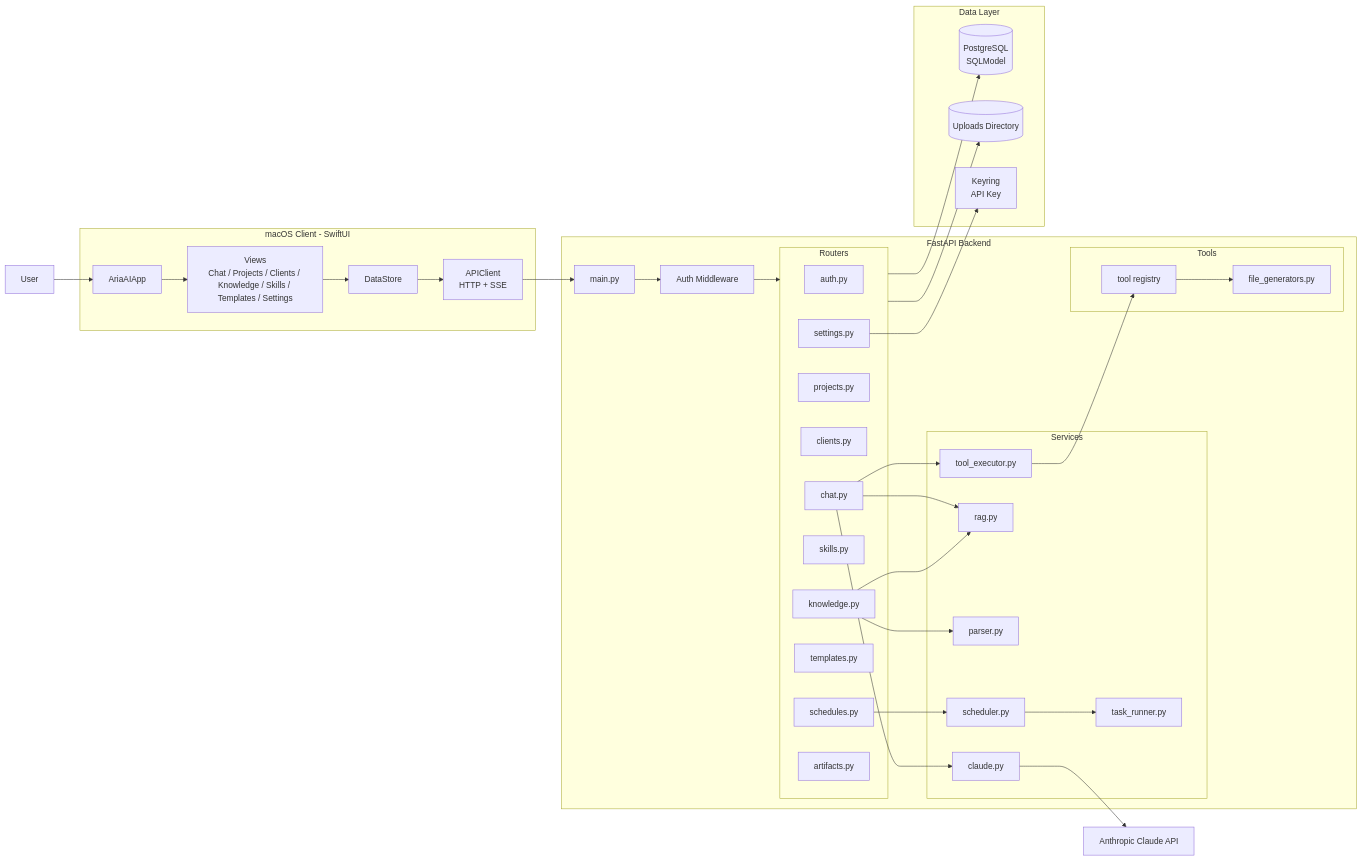
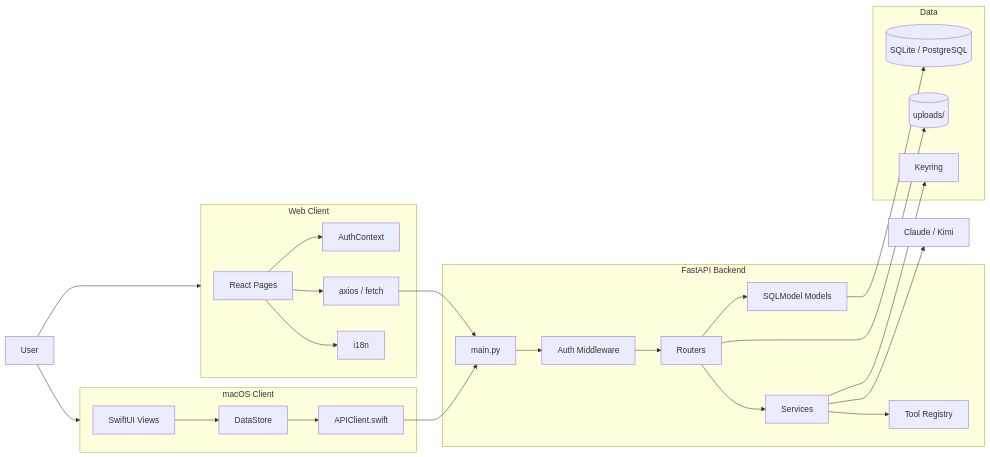
The first of 5 diagrams in docs/06-当前架构图.md (guoliang1114-boop/AriaAI), drawn with Mermaid before and after one commit. The commit also changed other lines of this file and 8 other files, not shown here.

Commit message:
docs: refresh architecture and product notes

````diff
--- a/docs/06-当前架构图.md
+++ b/docs/06-当前架构图.md
@@ -10,78 +10,48 @@
 ```mermaid
 flowchart LR
     U[User]
 
-    subgraph FE[macOS Client - SwiftUI]
-        APP[AriaAIApp]
-        VIEWS[Views\nChat / Projects / Clients / Knowledge / Skills / Templates / Settings]
-        STORE[DataStore]
-        API[APIClient\nHTTP + SSE]
+    subgraph MAC[macOS Client]
+        SWIFT[SwiftUI Views]
+        DATASTORE[DataStore]
+        MACAPI[APIClient.swift]
+    end
+
+    subgraph WEB[Web Client]
+        REACT[React Pages]
+        AUTH[AuthContext]
+        WEBAPI[axios / fetch]
+        I18N[i18n]
     end
 
     subgraph BE[FastAPI Backend]
         MAIN[main.py]
-        AUTHMW[Auth Middleware]
-
-        subgraph ROUTERS[Routers]
-            R_AUTH[auth.py]
-            R_CHAT[chat.py]
-            R_PROJECTS[projects.py]
-            R_CLIENTS[clients.py]
-            R_KNOWLEDGE[knowledge.py]
-            R_SKILLS[skills.py]
-            R_SCHEDULES[schedules.py]
-            R_TEMPLATES[templates.py]
-            R_SETTINGS[settings.py]
-            R_ARTIFACTS[artifacts.py]
-        end
-
-        subgraph SERVICES[Services]
-            S_CLAUDE[claude.py]
-            S_RAG[rag.py]
-            S_PARSER[parser.py]
-            S_TOOL_EXEC[tool_executor.py]
-            S_TASK[task_runner.py]
-            S_SCHED[scheduler.py]
-        end
-
-        subgraph TOOLS[Tools]
-            T_FILES[file_generators.py]
-            T_REG[tool registry]
-        end
+        MW[Auth Middleware]
+        ROUTERS[Routers]
+        SERVICES[Services]
+        TOOLS[Tool Registry]
+        MODELS[SQLModel Models]
     end
 
-    subgraph DATA[Data Layer]
-        DB[(PostgreSQL\nSQLModel)]
-        UPLOADS[(Uploads Directory)]
-        KEYRING[Keyring\nAPI Key]
+    subgraph DATA[Data]
+        DB[(SQLite / PostgreSQL)]
+        FILES[(uploads/)]
+        KEYRING[Keyring]
     end
 
-    EXT[Anthropic Claude API]
+    LLM[Claude / Kimi]
 
-    U --> APP
-    APP --> VIEWS
-    VIEWS --> STORE
-    STORE --> API
-    API --> MAIN
-    MAIN --> AUTHMW
-    AUTHMW --> ROUTERS
-
-    R_CHAT --> S_CLAUDE
-    R_CHAT --> S_RAG
-    R_CHAT --> S_TOOL_EXEC
-
-    R_KNOWLEDGE --> S_PARSER
-    R_KNOWLEDGE --> S_RAG
-
-    R_SCHEDULES --> S_SCHED
-    S_SCHED --> S_TASK
-
-    S_TOOL_EXEC --> T_REG
-    T_REG --> T_FILES
-
-    ROUTERS --> DB
-    ROUTERS --> UPLOADS
-    R_SETTINGS --> KEYRING
-
-    S_CLAUDE --> EXT
+    U --> MAC
+    U --> WEB
+    SWIFT --> DATASTORE --> MACAPI --> MAIN
+    REACT --> AUTH
+    REACT --> I18N
+    REACT --> WEBAPI --> MAIN
+    MAIN --> MW --> ROUTERS
+    ROUTERS --> SERVICES
+    SERVICES --> TOOLS
+    ROUTERS --> MODELS --> DB
+    ROUTERS --> FILES
+    SERVICES --> KEYRING
+    SERVICES --> LLM
 ```
````
